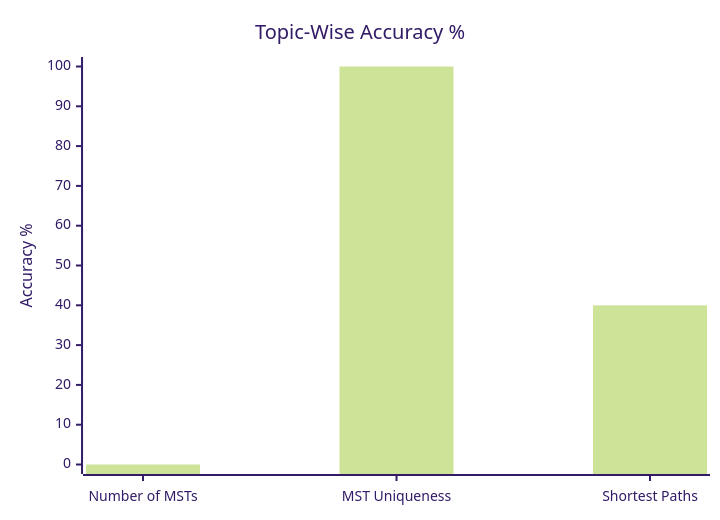
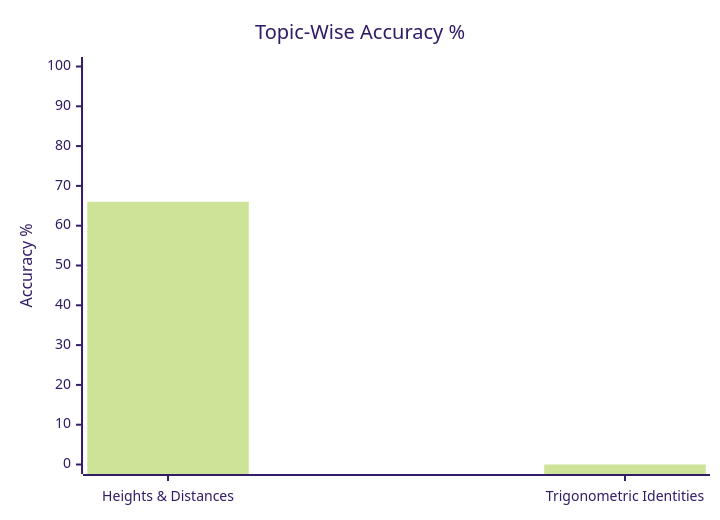
One commit to skc-coder/SAGE changed the third of 3 diagrams in .agents/skills/exam-analysis-master/SKILL.md. Above: the diagram before and after it, drawn with Mermaid (forest theme). The commit also changed other lines of this file and 4 other files, not shown here.

````diff
--- a/.agents/skills/exam-analysis-master/SKILL.md
+++ b/.agents/skills/exam-analysis-master/SKILL.md
@@ -101,7 +113,7 @@
 ```mermaid
 xychart-beta
     title "Topic-Wise Accuracy %"
-    x-axis ["Number of MSTs", "MST Uniqueness", "Shortest Paths"]
+    x-axis ["Heights & Distances", "Trigonometric Identities"]
     y-axis "Accuracy %" 0 --> 100
-    bar [0, 100, 40]
+    bar [66, 0]
 ```
````
